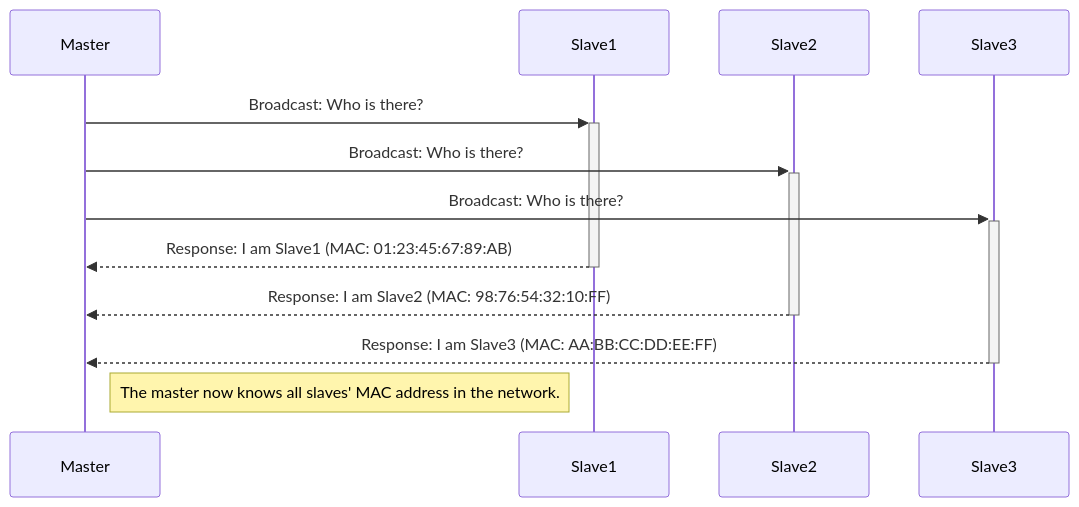
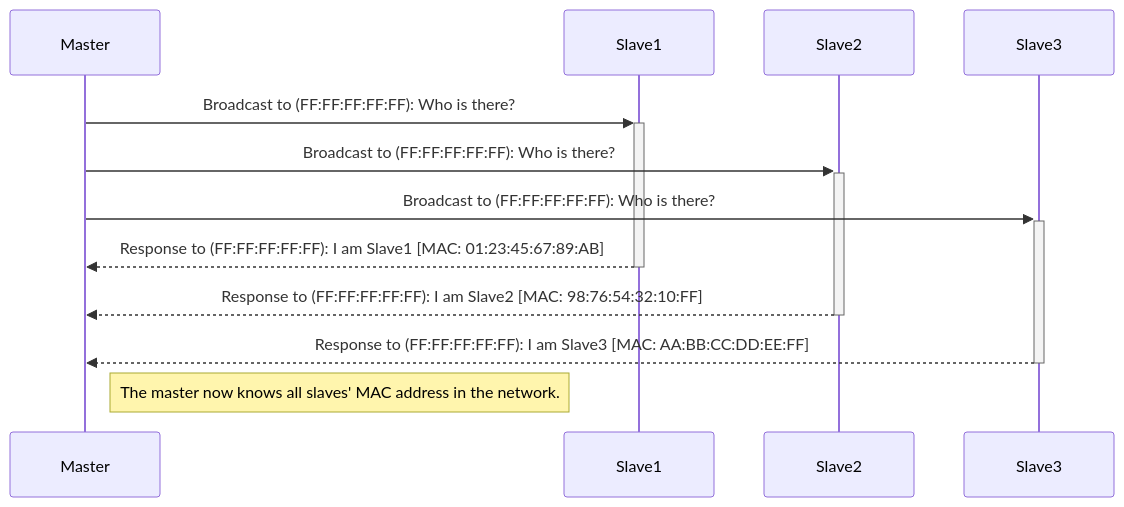
The first of 4 diagrams in README.md (kokospalme/DMXnow), drawn with Mermaid before and after one commit. The commit also changed other lines of this file and 2 other files, not shown here.

````diff
--- a/README.md
+++ b/README.md
@@ -6,17 +27,17 @@
 ```mermaid
 sequenceDiagram
     participant Master
     participant Slave1
     participant Slave2
     participant Slave3
 
-    Master ->>+ Slave1: Broadcast: Who is there?
-    Master ->>+ Slave2: Broadcast: Who is there?
-    Master ->>+ Slave3: Broadcast: Who is there?
+    Master ->>+ Slave1: Broadcast to (FF:FF:FF:FF:FF): Who is there?
+    Master ->>+ Slave2: Broadcast to (FF:FF:FF:FF:FF): Who is there?
+    Master ->>+ Slave3: Broadcast to (FF:FF:FF:FF:FF): Who is there?
 
-    Slave1 -->>- Master: Response: I am Slave1 (MAC: 01:23:45:67:89:AB)
-    Slave2 -->>- Master: Response: I am Slave2 (MAC: 98:76:54:32:10:FF)
-    Slave3 -->>- Master: Response: I am Slave3 (MAC: AA:BB:CC:DD:EE:FF)
+    Slave1 -->>- Master: Response to (FF:FF:FF:FF:FF): I am Slave1 [MAC: 01:23:45:67:89:AB]
+    Slave2 -->>- Master: Response to (FF:FF:FF:FF:FF): I am Slave2 [MAC: 98:76:54:32:10:FF]
+    Slave3 -->>- Master: Response to (FF:FF:FF:FF:FF): I am Slave3 [MAC: AA:BB:CC:DD:EE:FF]
 
     Note right of Master: The master now knows all slaves' MAC address in the network.
 ```
````
